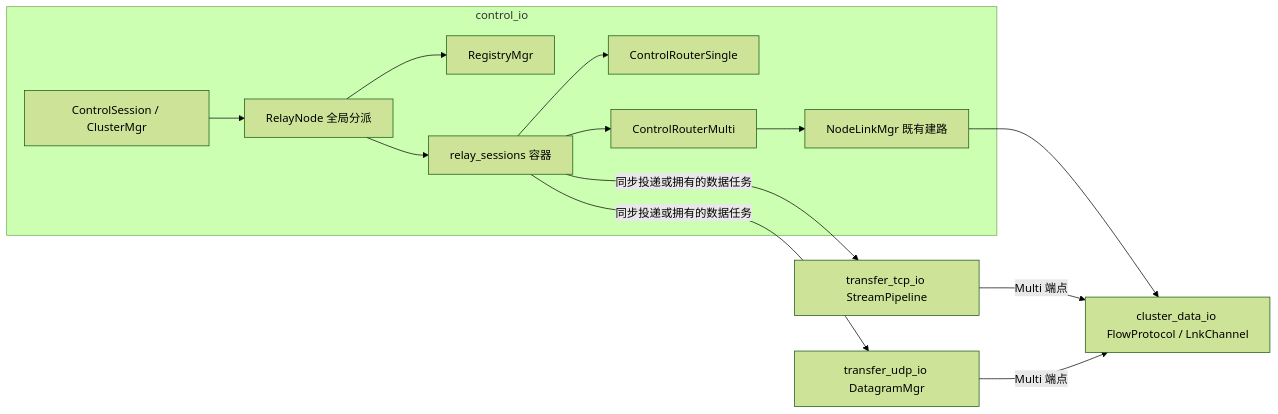
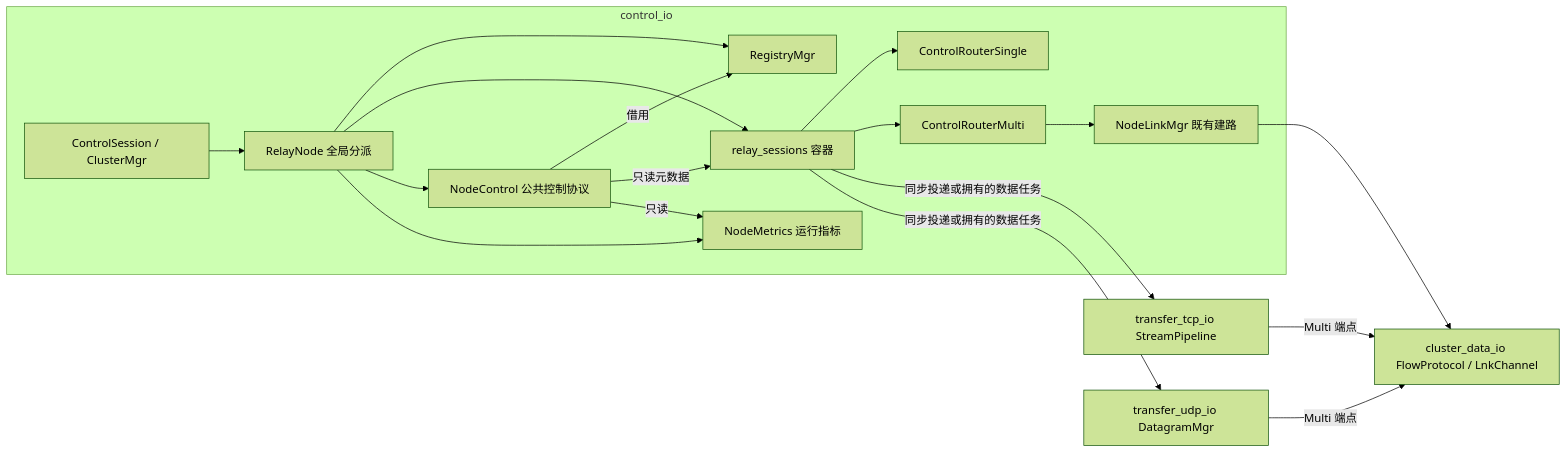
One commit to Xtinc/relayweave changed the ninth of 15 diagrams in docs/RelayWeave设计.md. Above: the diagram before and after it, drawn with Mermaid (forest theme). The commit also changed other lines of this file and 34 other files, not shown here.

First line of the commit message:
Enhance Node Metrics and Shutdown Handling

````diff
--- a/docs/RelayWeave设计.md
+++ b/docs/RelayWeave设计.md
@@ -1799,16 +1808,21 @@
 ```mermaid
 flowchart LR
     subgraph C[control_io]
         CS[ControlSession / ClusterMgr] --> RN[RelayNode 全局分派]
         RN --> REG[RegistryMgr]
         RN --> RS[relay_sessions 容器]
+        RN --> NC[NodeControl 公共控制协议]
+        RN --> NM[NodeMetrics 运行指标]
+        NC -->|借用| REG
+        NC -->|只读元数据| RS
+        NC -->|只读| NM
         RS --> S[ControlRouterSingle]
         RS --> M[ControlRouterMulti]
         M --> NL[NodeLinkMgr 既有建路]
     end
     RS -->|同步投递或拥有的数据任务| TCP[transfer_tcp_io StreamPipeline]
     RS -->|同步投递或拥有的数据任务| UDP[transfer_udp_io DatagramMgr]
     NL --> CD[cluster_data_io FlowProtocol / LnkChannel]
     TCP -->|Multi 端点| CD
     UDP -->|Multi 端点| CD
 ```
````
